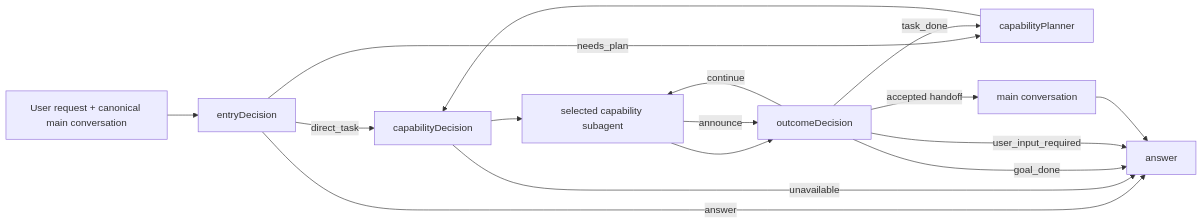
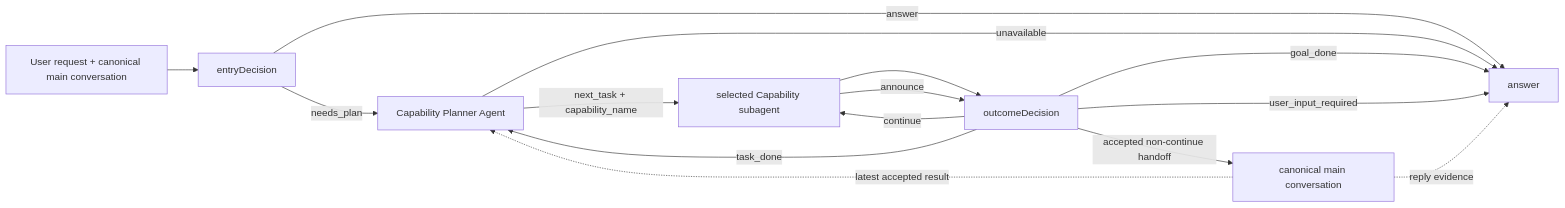
One commit to pinpawo/pinpawo-agent changed the diagram in docs/wiki/overview.md. Above: the diagram before and after it, drawn with Mermaid. The commit also changed other lines of this file and 15 other files, not shown here.

Commit message:
docs(wiki): ingest capability planner architecture

````diff
--- a/docs/wiki/overview.md
+++ b/docs/wiki/overview.md
@@ -33,18 +35,17 @@
 ```mermaid
 flowchart LR
   U["User request + canonical main conversation"] --> E["entryDecision"]
   E -->|answer| A["answer"]
-  E -->|direct_task| C["capabilityDecision"]
-  E -->|needs_plan| P["capabilityPlanner"]
-  P --> C
-  C --> X["selected capability subagent"]
-  C -->|unavailable| A
+  E -->|needs_plan| P["Capability Planner Agent"]
+  P -->|next_task + capability_name| X["selected Capability subagent"]
+  P -->|unavailable| A
   X --> O["outcomeDecision"]
   O -->|continue| X
   O -->|task_done| P
   O -->|goal_done| A
   O -->|user_input_required| A
   X -->|announce| O
-  O -->|accepted handoff| M["main conversation"]
-  M --> A
+  O -->|accepted non-continue handoff| M["canonical main conversation"]
+  M -. reply evidence .-> A
+  M -. latest accepted result .-> P
 ```
````
